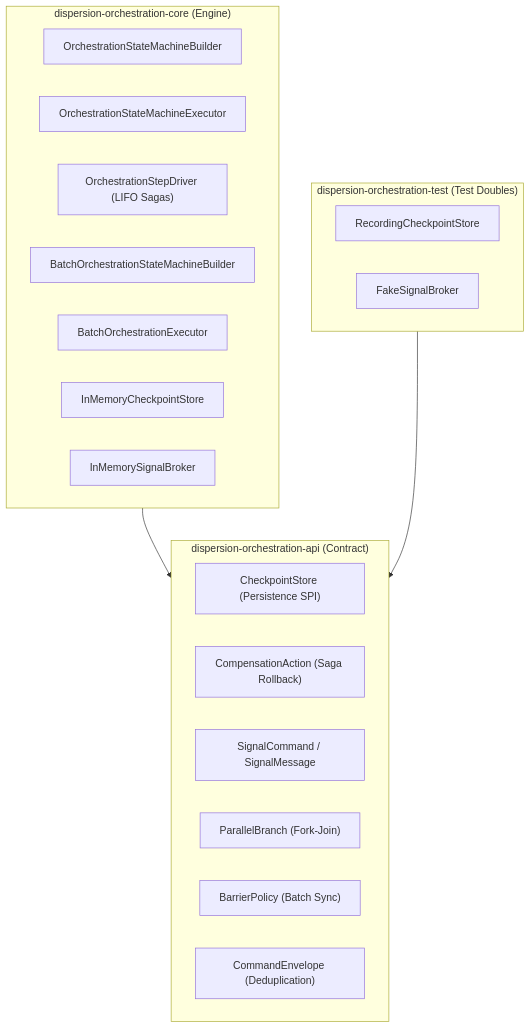
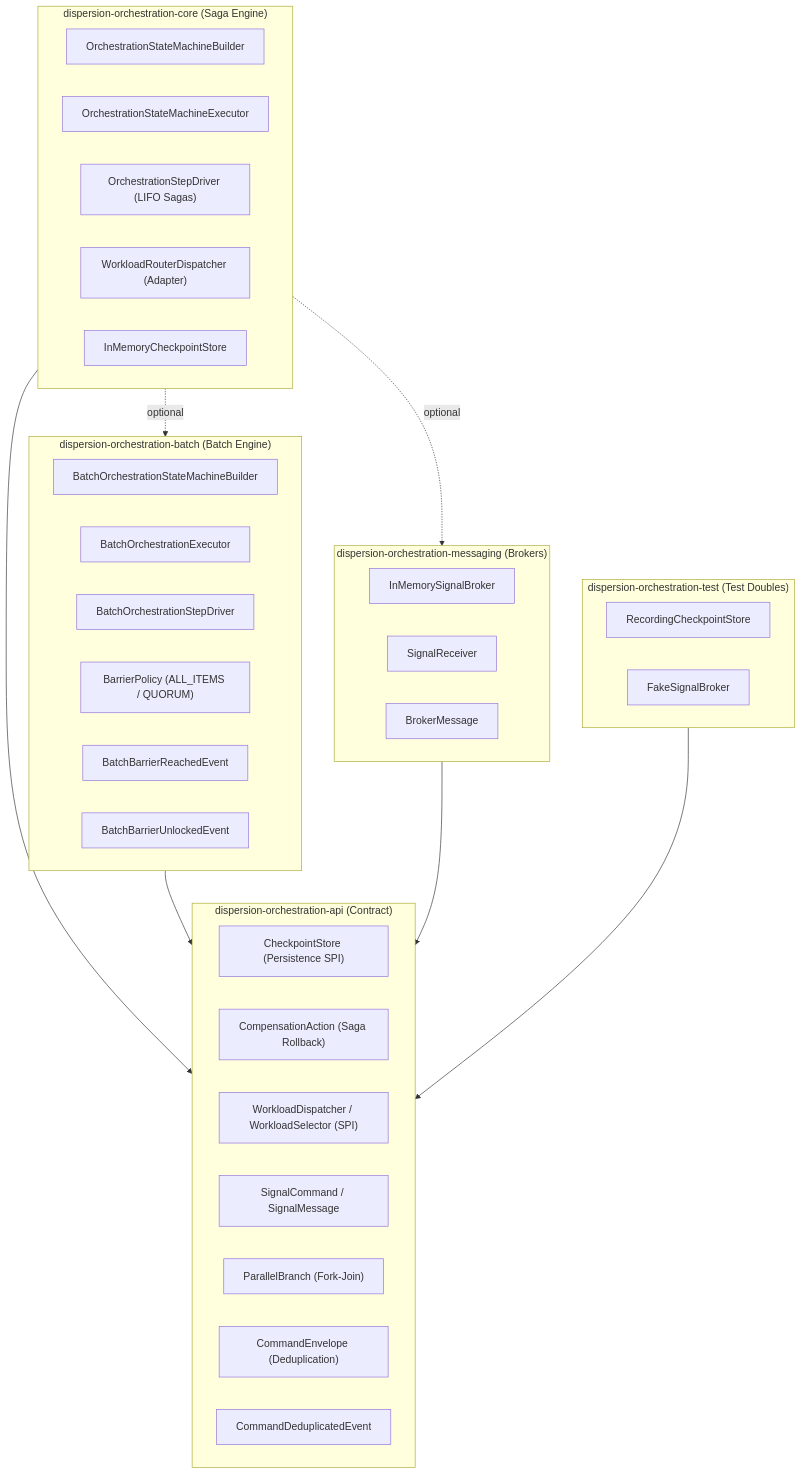
Before and after one commit to f442y/dispersion: the diagram in orchestration/README.md, drawn with Mermaid. The commit also changed other lines of this file and 58 other files, not shown here.

Commit message:
refactor(arch): decouple routing and event hierarchy, decompose orchestration into nested batch and messaging modules

````diff
--- a/orchestration/README.md
+++ b/orchestration/README.md
@@ -11,29 +11,47 @@
 ```mermaid
 graph TD
     subgraph API["dispersion-orchestration-api (Contract)"]
         CPS["CheckpointStore (Persistence SPI)"]
         CA["CompensationAction (Saga Rollback)"]
+        WD["WorkloadDispatcher / WorkloadSelector (SPI)"]
         SIG["SignalCommand / SignalMessage"]
         PB["ParallelBranch (Fork-Join)"]
-        BP["BarrierPolicy (Batch Sync)"]
         CE["CommandEnvelope (Deduplication)"]
+        CDE["CommandDeduplicatedEvent"]
     end
 
-    subgraph Core["dispersion-orchestration-core (Engine)"]
+    subgraph Core["dispersion-orchestration-core (Saga Engine)"]
         OSMB["OrchestrationStateMachineBuilder"]
         OSME["OrchestrationStateMachineExecutor"]
         OSD["OrchestrationStepDriver (LIFO Sagas)"]
+        WRD["WorkloadRouterDispatcher (Adapter)"]
+        IMCS["InMemoryCheckpointStore"]
+    end
+
+    subgraph Batch["dispersion-orchestration-batch (Batch Engine)"]
         BOSMB["BatchOrchestrationStateMachineBuilder"]
         BOSE["BatchOrchestrationExecutor"]
-        IMCS["InMemoryCheckpointStore"]
+        BOSD["BatchOrchestrationStepDriver"]
+        BP["BarrierPolicy (ALL_ITEMS / QUORUM)"]
+        BBR["BatchBarrierReachedEvent"]
+        BBU["BatchBarrierUnlockedEvent"]
+    end
+
+    subgraph Messaging["dispersion-orchestration-messaging (Brokers)"]
         IMSB["InMemorySignalBroker"]
+        SR["SignalReceiver"]
+        BM["BrokerMessage"]
     end
 
     subgraph Test["dispersion-orchestration-test (Test Doubles)"]
         RCS["RecordingCheckpointStore"]
         FSB["FakeSignalBroker"]
     end
 
     Core --> API
+    Batch --> API
+    Messaging --> API
+    Core -.->|optional| Batch
+    Core -.->|optional| Messaging
     Test --> API
 ```
````
